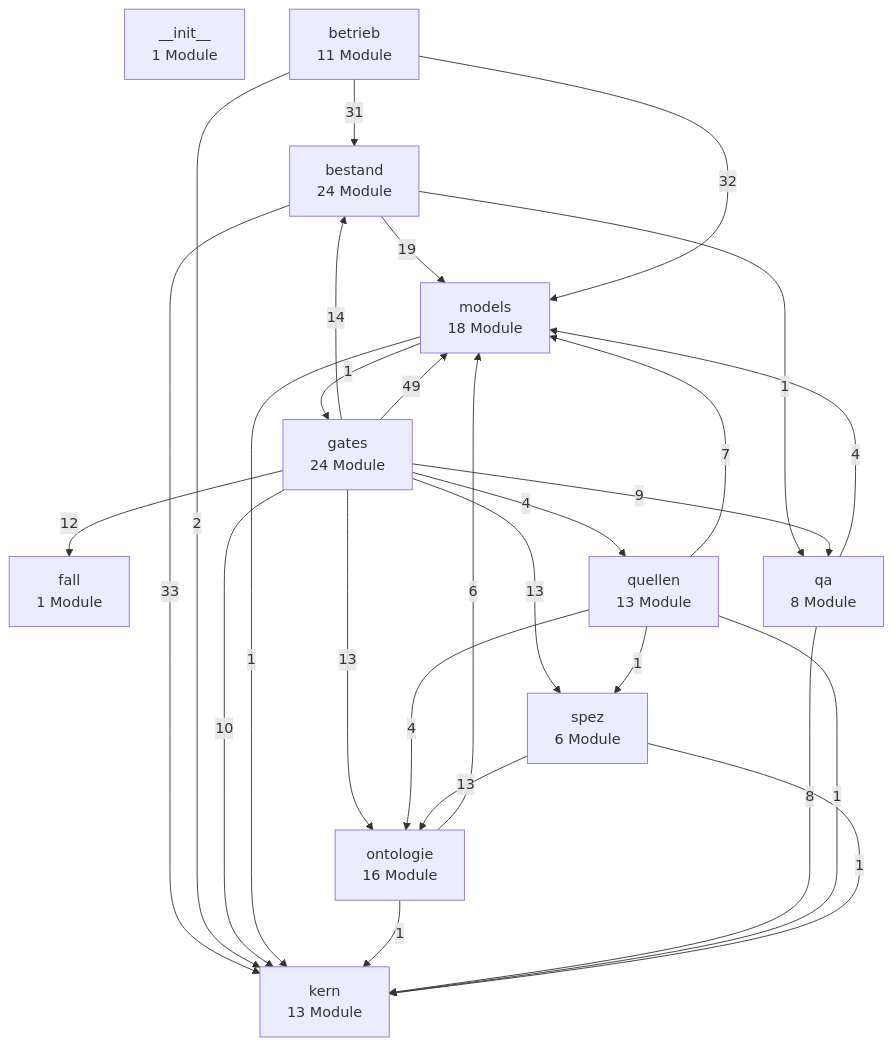
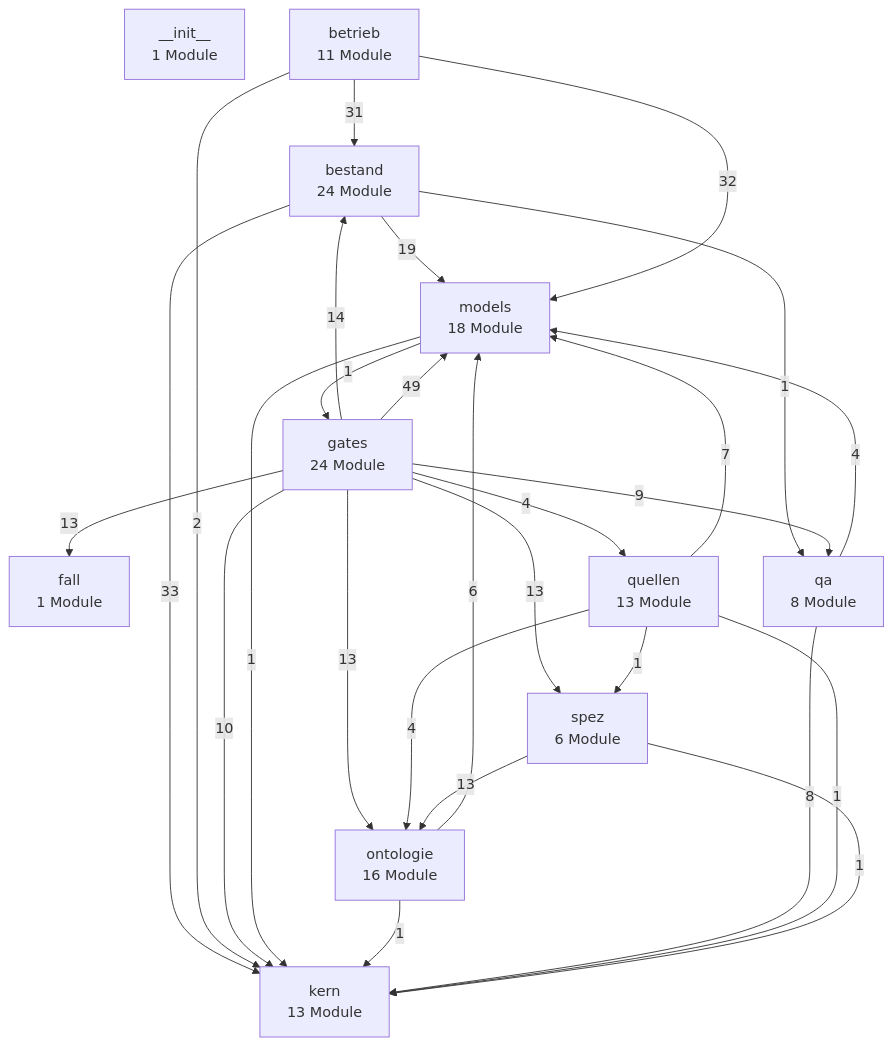
Before and after one commit to bartlmac/rechner-pipeline: the first of 3 diagrams in docs/architektur/landkarte.md, drawn with Mermaid. The commit also changed other lines of this file and 10 other files, not shown here.

````diff
--- a/docs/architektur/landkarte.md
+++ b/docs/architektur/landkarte.md
@@ -31,41 +31,41 @@
 ```mermaid
 %% Schichten — erzeugt von ontologie.landkarte
 flowchart TD
     n__init__["__init__<br/>1 Module"]
     bestand["bestand<br/>24 Module"]
     betrieb["betrieb<br/>11 Module"]
     fall["fall<br/>1 Module"]
     gates["gates<br/>24 Module"]
     kern["kern<br/>13 Module"]
     models["models<br/>18 Module"]
     ontologie["ontologie<br/>16 Module"]
     qa["qa<br/>8 Module"]
     quellen["quellen<br/>13 Module"]
     spez["spez<br/>6 Module"]
     bestand -- 33 --> kern
     bestand -- 19 --> models
     bestand -- 1 --> qa
     betrieb -- 31 --> bestand
     betrieb -- 2 --> kern
     betrieb -- 32 --> models
     gates -- 14 --> bestand
-    gates -- 12 --> fall
+    gates -- 13 --> fall
     gates -- 10 --> kern
     gates -- 49 --> models
     gates -- 13 --> ontologie
     gates -- 9 --> qa
     gates -- 4 --> quellen
     gates -- 13 --> spez
     models -- 1 --> gates
     models -- 1 --> kern
     ontologie -- 1 --> kern
     ontologie -- 6 --> models
     qa -- 8 --> kern
     qa -- 4 --> models
     quellen -- 1 --> kern
     quellen -- 7 --> models
     quellen -- 4 --> ontologie
     quellen -- 1 --> spez
     spez -- 1 --> kern
     spez -- 13 --> ontologie
 ```
````
